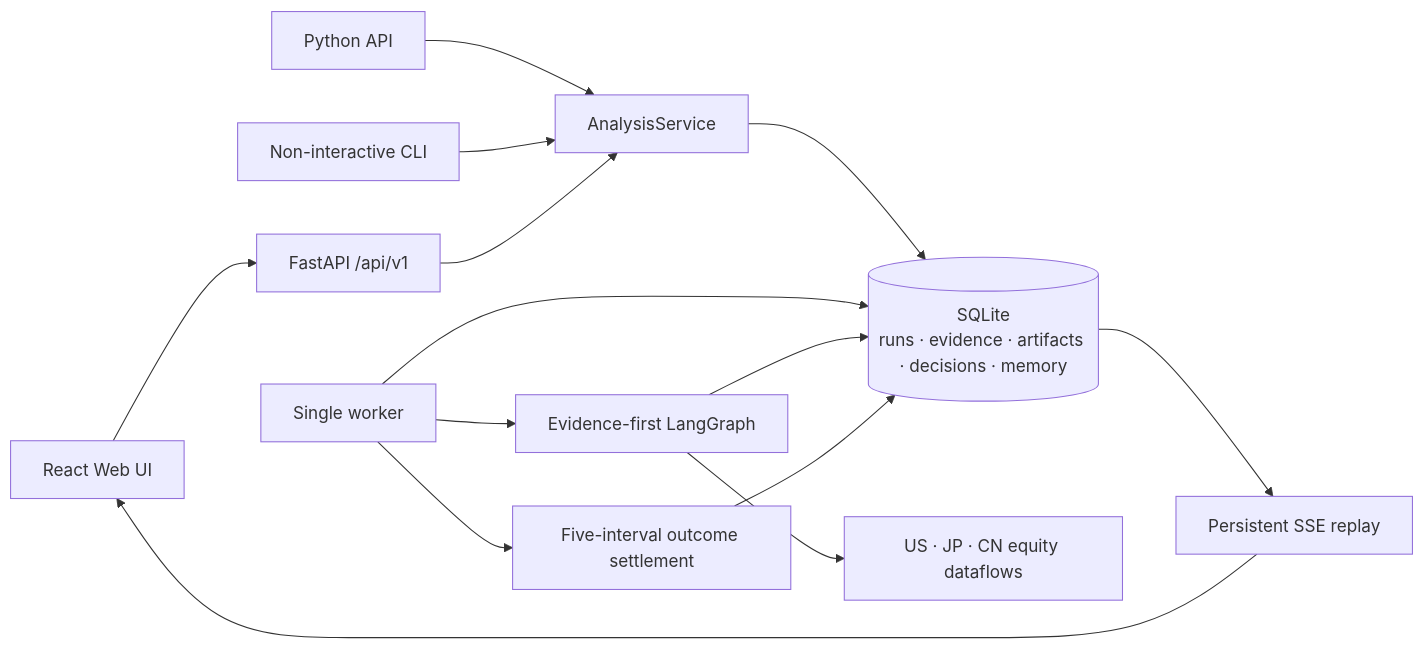
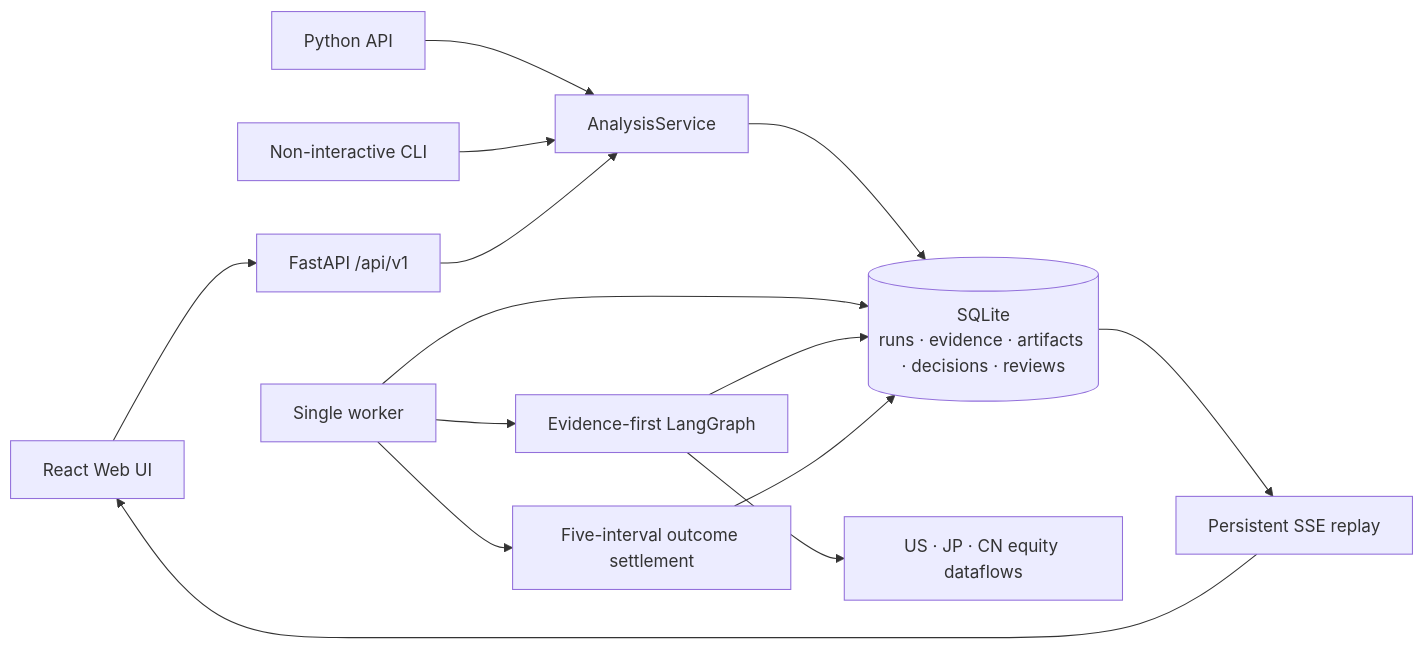
Before and after one commit to qingchiang/trading-agents-x: the diagram in README.md, drawn with Mermaid. The commit also changed other lines of this file and 32 other files, not shown here.

````diff
--- a/README.md
+++ b/README.md
@@ -158,16 +158,16 @@
 ```mermaid
 flowchart LR
     UI["React Web UI"] --> API["FastAPI /api/v1"]
     PY["Python API"] --> SVC["AnalysisService"]
     CLI["Non-interactive CLI"] --> SVC
     API --> SVC
-    SVC --> DB[("SQLite<br/>runs · evidence · artifacts · decisions · memory")]
+    SVC --> DB[("SQLite<br/>runs · evidence · artifacts · decisions · reviews")]
     WORKER["Single worker"] --> DB
     WORKER --> GRAPH["Evidence-first LangGraph"]
     GRAPH --> DATA["US · JP · CN equity dataflows"]
     GRAPH --> DB
     WORKER --> OUTCOME["Five-interval outcome settlement"]
     OUTCOME --> DB
     DB --> SSE["Persistent SSE replay"]
     SSE --> UI
 ```
````
